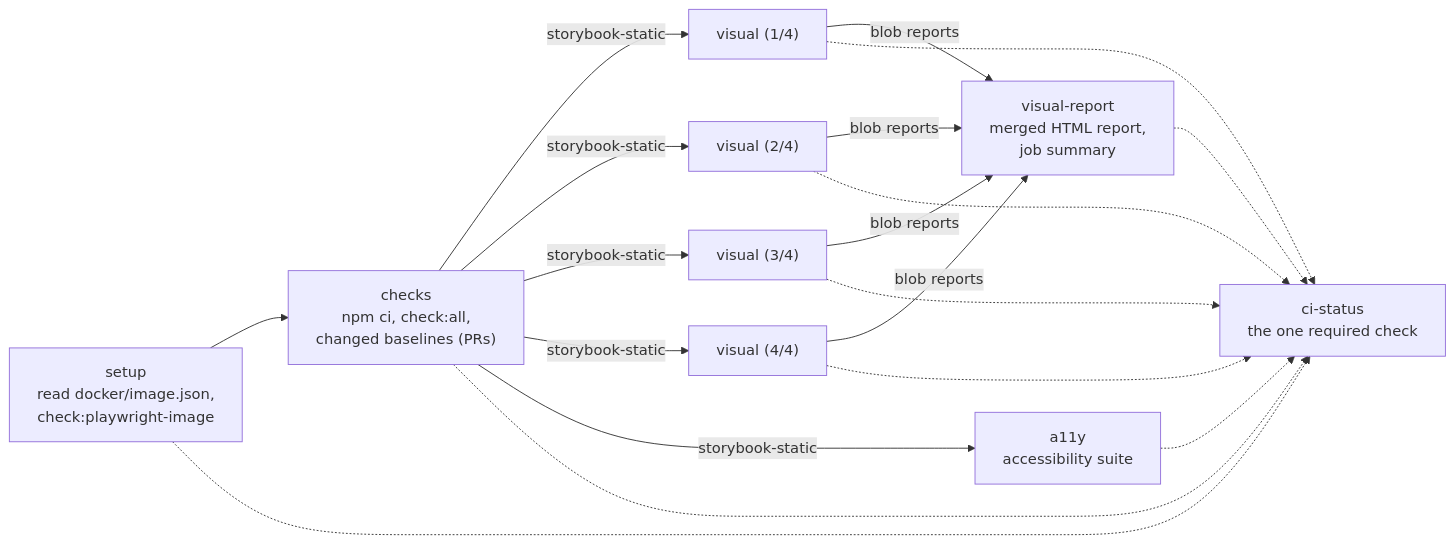
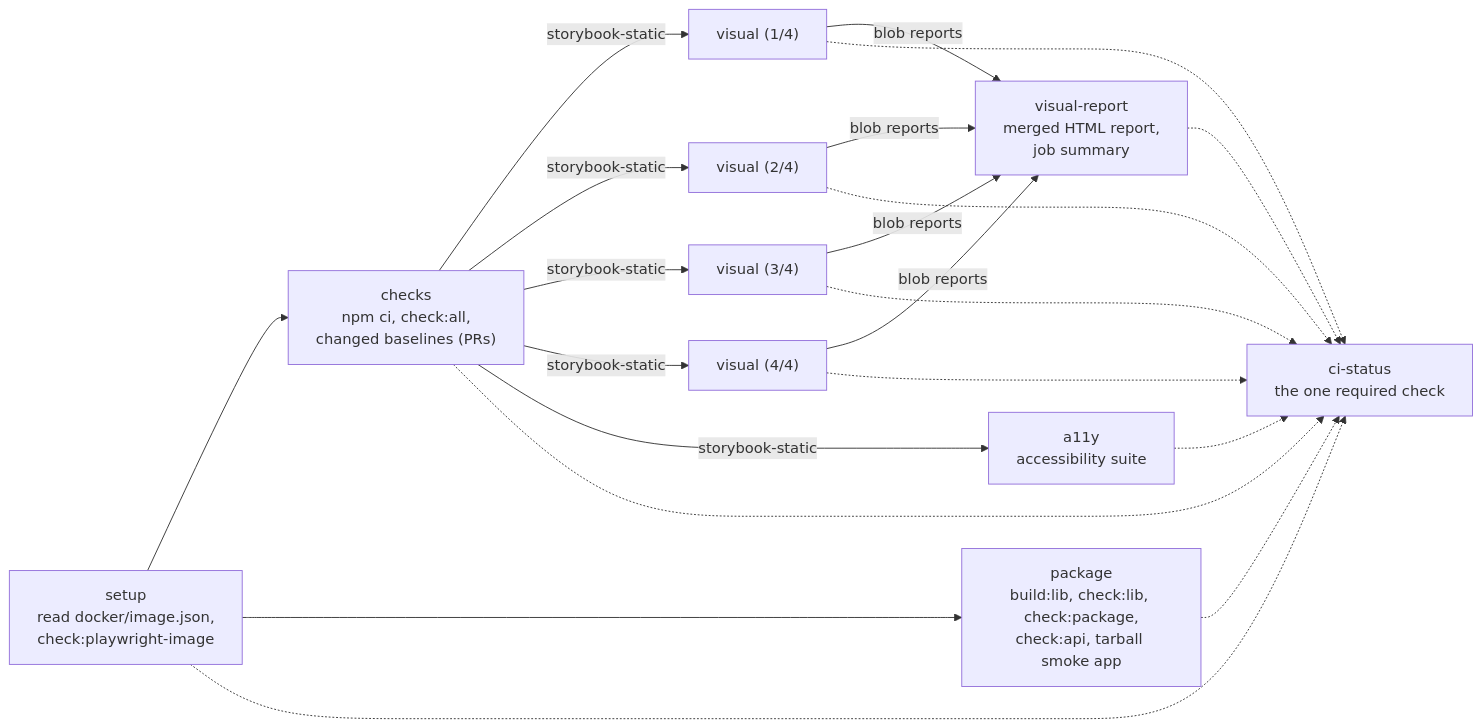
Before and after one commit to jpiemeisl/storybook-playwright: the diagram in docs/ci.md, drawn with Mermaid. The commit also changed other lines of this file and 29 other files, not shown here.

````diff
--- a/docs/ci.md
+++ b/docs/ci.md
@@ -13,11 +13,12 @@
 ```mermaid
 flowchart LR
   setup["setup<br/>read docker/image.json,<br/>check:playwright-image"] --> checks["checks<br/>npm ci, check:all,<br/>changed baselines (PRs)"]
   checks -- storybook-static --> v1["visual (1/4)"]
   checks -- storybook-static --> v2["visual (2/4)"]
   checks -- storybook-static --> v3["visual (3/4)"]
   checks -- storybook-static --> v4["visual (4/4)"]
   checks -- storybook-static --> a11y["a11y<br/>accessibility suite"]
   v1 & v2 & v3 & v4 -- blob reports --> report["visual-report<br/>merged HTML report,<br/>job summary"]
-  setup & checks & v1 & v2 & v3 & v4 & report & a11y -.-> status["ci-status<br/>the one required check"]
+  setup --> package["package<br/>build:lib, check:lib, check:package,<br/>check:api, tarball smoke app"]
+  setup & checks & v1 & v2 & v3 & v4 & report & a11y & package -.-> status["ci-status<br/>the one required check"]
 ```
````
